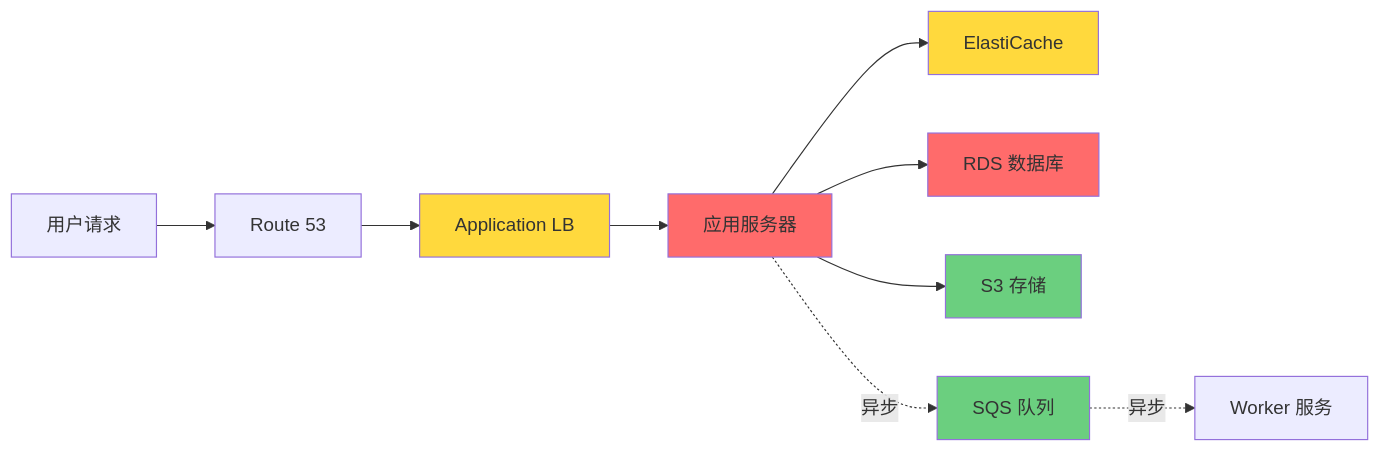
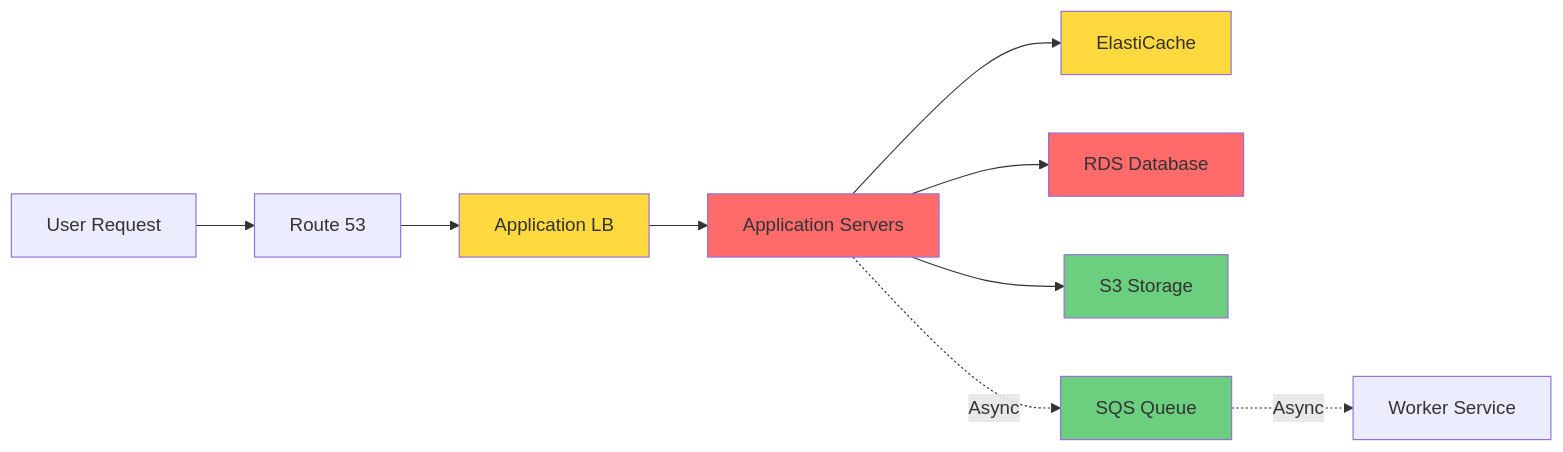
One commit to RadiumGu/sample-aws-resilience-skill changed the second of 5 diagrams in aws-resilience-modeling/assets/example-report-template.md. Above: the diagram before and after it, drawn with Mermaid. The commit also changed other lines of this file and 50 other files, not shown here.

````diff
--- a/aws-resilience-modeling/assets/example-report-template.md
+++ b/aws-resilience-modeling/assets/example-report-template.md
@@ -140,20 +140,20 @@
 ```mermaid
 graph LR
-    User[用户请求] --> R53[Route 53]
+    User[User Request] --> R53[Route 53]
     R53 --> ALB[Application LB]
-    ALB --> App[应用服务器]
+    ALB --> App[Application Servers]
     App --> Cache[ElastiCache]
-    App --> RDS[RDS 数据库]
-    App --> S3[S3 存储]
+    App --> RDS[RDS Database]
+    App --> S3[S3 Storage]
 
-    App -.->|异步| SQS[SQS 队列]
-    SQS -.->|异步| Worker[Worker 服务]
+    App -.->|Async| SQS[SQS Queue]
+    SQS -.->|Async| Worker[Worker Service]
 
     classDef critical fill:#ff6b6b
     classDef important fill:#ffd93d
     classDef optional fill:#6bcf7f
 
     class RDS,App critical
     class Cache,ALB important
     class S3,SQS optional
 ```
````
